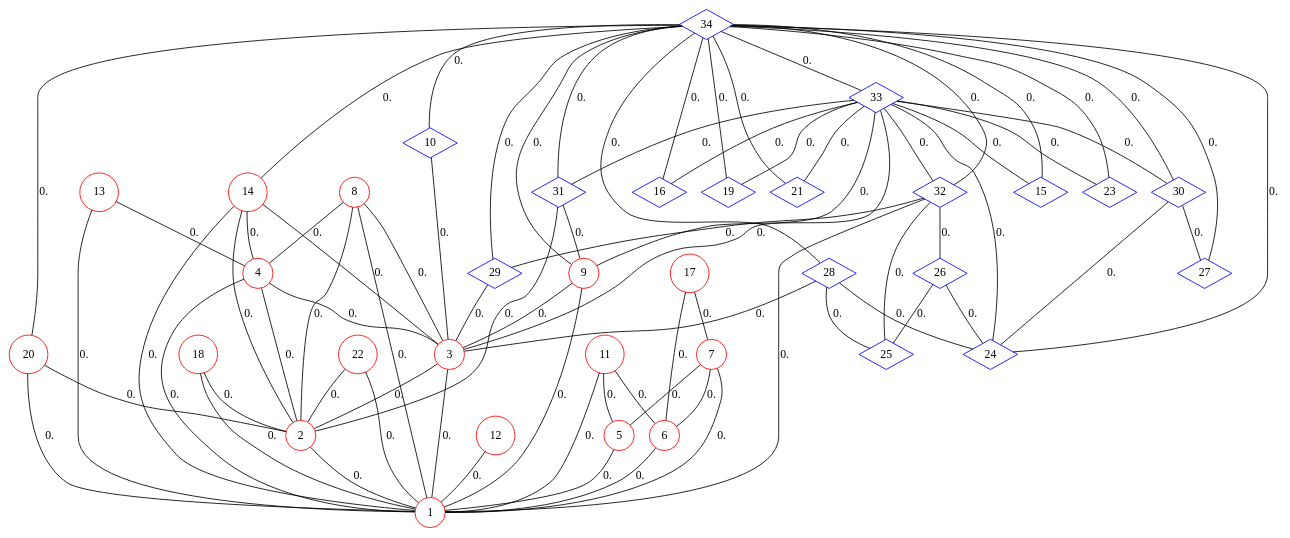
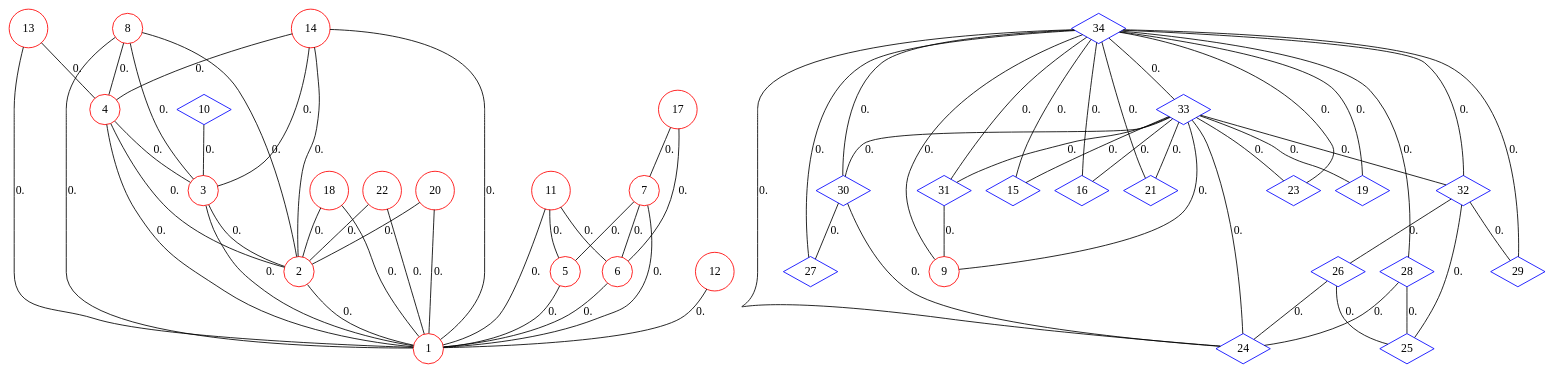
Before and after one commit to nightmared/project_graphs_2019_2020: the diagram in Graph_Project/graphs/karate.dot, drawn with Graphviz. The commit also changed 2 other files, not shown here.

```diff
--- a/Graph_Project/graphs/karate.dot
+++ b/Graph_Project/graphs/karate.dot
@@ -1,117 +1,107 @@
 graph G {
   1 [shape=circle, color="#FF0000", label="1", ];
   2 [shape=circle, color="#FF0000", label="2", ];
   3 [shape=circle, color="#FF0000", label="3", ];
   4 [shape=circle, color="#FF0000", label="4", ];
   5 [shape=circle, color="#FF0000", label="5", ];
   6 [shape=circle, color="#FF0000", label="6", ];
   7 [shape=circle, color="#FF0000", label="7", ];
   8 [shape=circle, color="#FF0000", label="8", ];
   9 [shape=circle, color="#FF0000", label="9", ];
   10 [shape=diamond, color="#0000FF", label="10", ];
   11 [shape=circle, color="#FF0000", label="11", ];
   12 [shape=circle, color="#FF0000", label="12", ];
   13 [shape=circle, color="#FF0000", label="13", ];
   14 [shape=circle, color="#FF0000", label="14", ];
   15 [shape=diamond, color="#0000FF", label="15", ];
   16 [shape=diamond, color="#0000FF", label="16", ];
   17 [shape=circle, color="#FF0000", label="17", ];
   18 [shape=circle, color="#FF0000", label="18", ];
   19 [shape=diamond, color="#0000FF", label="19", ];
   20 [shape=circle, color="#FF0000", label="20", ];
   21 [shape=diamond, color="#0000FF", label="21", ];
   22 [shape=circle, color="#FF0000", label="22", ];
   23 [shape=diamond, color="#0000FF", label="23", ];
   24 [shape=diamond, color="#0000FF", label="24", ];
   25 [shape=diamond, color="#0000FF", label="25", ];
   26 [shape=diamond, color="#0000FF", label="26", ];
   27 [shape=diamond, color="#0000FF", label="27", ];
   28 [shape=diamond, color="#0000FF", label="28", ];
   29 [shape=diamond, color="#0000FF", label="29", ];
   30 [shape=diamond, color="#0000FF", label="30", ];
   31 [shape=diamond, color="#0000FF", label="31", ];
   32 [shape=diamond, color="#0000FF", label="32", ];
   33 [shape=diamond, color="#0000FF", label="33", ];
   34 [shape=diamond, color="#0000FF", label="34", ];
   
   
   2 -- 1 [label="0.", ];
   3 -- 1 [label="0.", ];
   3 -- 2 [label="0.", ];
   4 -- 1 [label="0.", ];
   4 -- 2 [label="0.", ];
   4 -- 3 [label="0.", ];
   5 -- 1 [label="0.", ];
   6 -- 1 [label="0.", ];
   7 -- 1 [label="0.", ];
   7 -- 5 [label="0.", ];
   7 -- 6 [label="0.", ];
   8 -- 1 [label="0.", ];
   8 -- 2 [label="0.", ];
   8 -- 3 [label="0.", ];
   8 -- 4 [label="0.", ];
-  9 -- 1 [label="0.", ];
-  9 -- 3 [label="0.", ];
   10 -- 3 [label="0.", ];
   11 -- 1 [label="0.", ];
   11 -- 5 [label="0.", ];
   11 -- 6 [label="0.", ];
   12 -- 1 [label="0.", ];
   13 -- 1 [label="0.", ];
   13 -- 4 [label="0.", ];
   14 -- 1 [label="0.", ];
   14 -- 2 [label="0.", ];
   14 -- 3 [label="0.", ];
   14 -- 4 [label="0.", ];
   17 -- 6 [label="0.", ];
   17 -- 7 [label="0.", ];
   18 -- 1 [label="0.", ];
   18 -- 2 [label="0.", ];
   20 -- 1 [label="0.", ];
   20 -- 2 [label="0.", ];
   22 -- 1 [label="0.", ];
   22 -- 2 [label="0.", ];
   26 -- 24 [label="0.", ];
   26 -- 25 [label="0.", ];
-  28 -- 3 [label="0.", ];
   28 -- 24 [label="0.", ];
   28 -- 25 [label="0.", ];
-  29 -- 3 [label="0.", ];
   30 -- 24 [label="0.", ];
   30 -- 27 [label="0.", ];
-  31 -- 2 [label="0.", ];
   31 -- 9 [label="0.", ];
-  32 -- 1 [label="0.", ];
   32 -- 25 [label="0.", ];
   32 -- 26 [label="0.", ];
   32 -- 29 [label="0.", ];
-  33 -- 3 [label="0.", ];
   33 -- 9 [label="0.", ];
   33 -- 15 [label="0.", ];
   33 -- 16 [label="0.", ];
   33 -- 19 [label="0.", ];
   33 -- 21 [label="0.", ];
   33 -- 23 [label="0.", ];
   33 -- 24 [label="0.", ];
   33 -- 30 [label="0.", ];
   33 -- 31 [label="0.", ];
   33 -- 32 [label="0.", ];
   34 -- 9 [label="0.", ];
-  34 -- 10 [label="0.", ];
-  34 -- 14 [label="0.", ];
   34 -- 15 [label="0.", ];
   34 -- 16 [label="0.", ];
   34 -- 19 [label="0.", ];
-  34 -- 20 [label="0.", ];
   34 -- 21 [label="0.", ];
   34 -- 23 [label="0.", ];
   34 -- 24 [label="0.", ];
   34 -- 27 [label="0.", ];
   34 -- 28 [label="0.", ];
   34 -- 29 [label="0.", ];
   34 -- 30 [label="0.", ];
   34 -- 31 [label="0.", ];
   34 -- 32 [label="0.", ];
   34 -- 33 [label="0.", ];
   
   }
```
